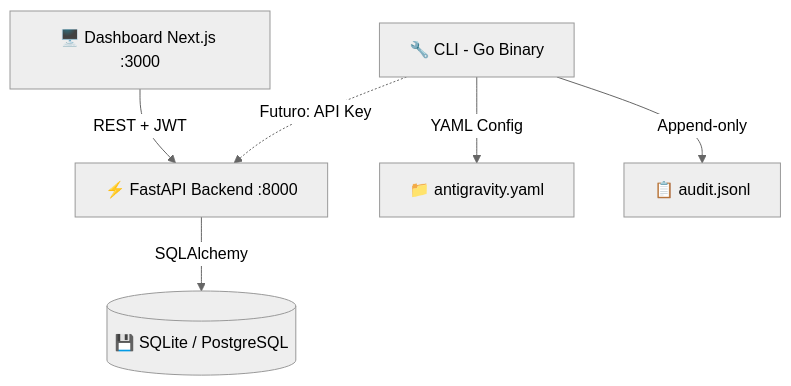
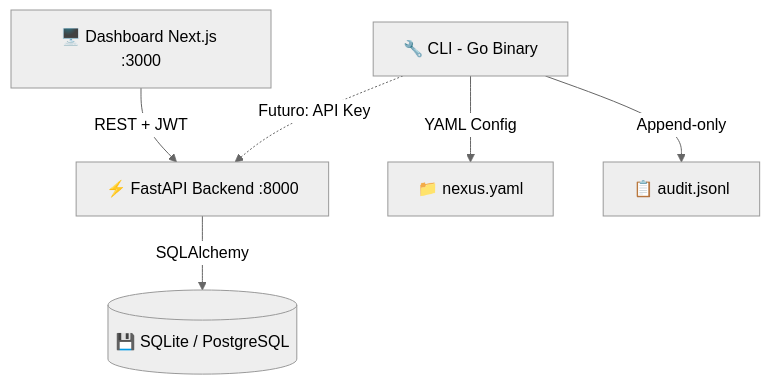
One commit to Epigibson/Nexus changed the first of 4 diagrams in docs/architecture.mdx. Above: the diagram before and after it, drawn with Mermaid (neutral theme). The commit also changed other lines of this file and 58 other files, not shown here.

Commit message:
Rebranding masivo de sistema a Nexus y fix de CLI para Linux

````diff
--- a/docs/architecture.mdx
+++ b/docs/architecture.mdx
@@ -9,13 +9,13 @@
 ```mermaid
 graph TB
     CLI[🔧 CLI - Go Binary]
     API[⚡ FastAPI Backend :8000]
     DASH[🖥️ Dashboard Next.js :3000]
     DB[(💾 SQLite / PostgreSQL)]
 
     DASH -->|REST + JWT| API
     API -->|SQLAlchemy| DB
     CLI -.->|Futuro: API Key| API
-    CLI -->|YAML Config| LOCAL[📁 antigravity.yaml]
+    CLI -->|YAML Config| LOCAL[📁 nexus.yaml]
     CLI -->|Append-only| AUDIT[📋 audit.jsonl]
 ```
````
